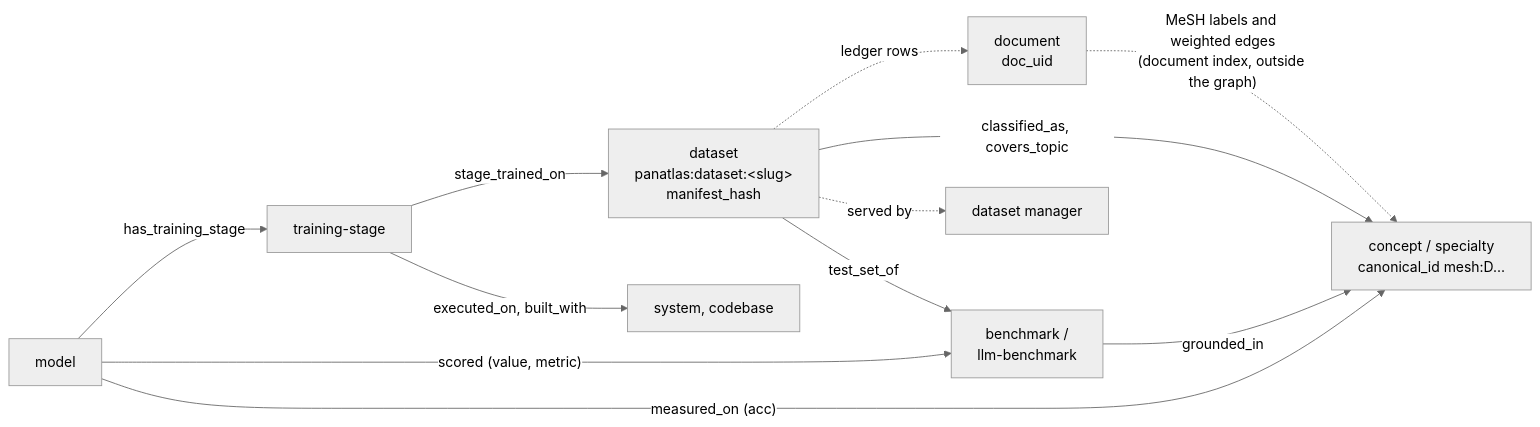
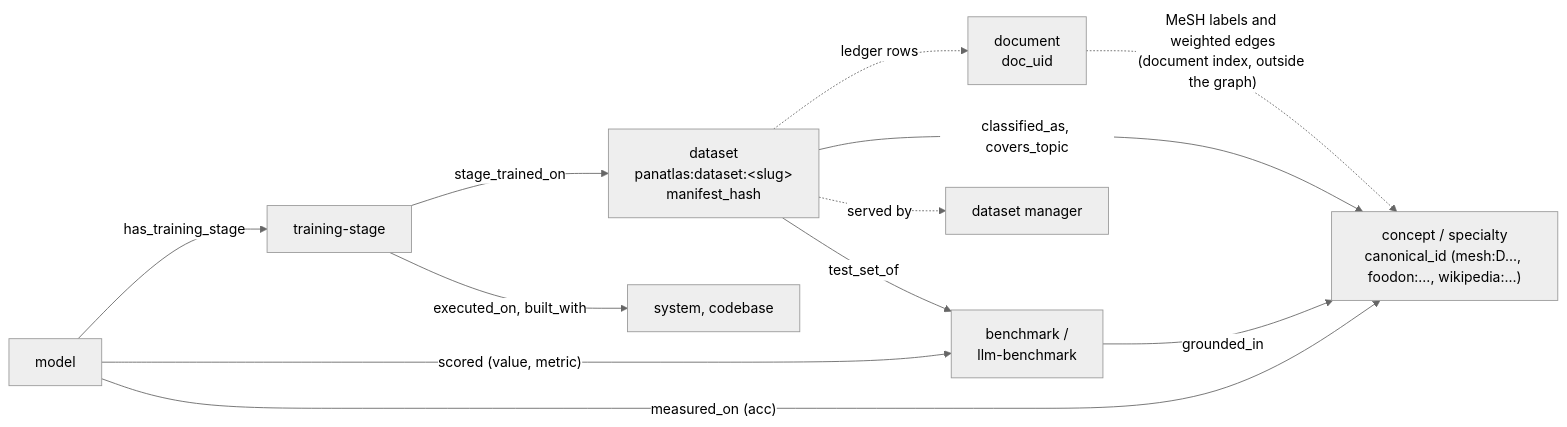
Before and after one commit to ThePanAtlas/docs: the diagram in docs/metadata/index.md, drawn with Mermaid (neutral theme). The commit also changed 11 other files, not shown here.

````diff
--- a/docs/metadata/index.md
+++ b/docs/metadata/index.md
@@ -10,14 +10,14 @@
 ```mermaid
 flowchart LR
-  DOC["document<br/>doc_uid"] -. "MeSH labels and weighted edges<br/>(document index, outside the graph)" .-> CON["concept / specialty<br/>canonical_id mesh:D…"]
+  DOC["document<br/>doc_uid"] -. "MeSH labels and weighted edges<br/>(document index, outside the graph)" .-> CON["concept / specialty<br/>canonical_id (mesh:D…, foodon:…, wikipedia:…)"]
   DS["dataset<br/>panatlas:dataset:&lt;slug&gt;<br/>manifest_hash"] -. "ledger rows" .-> DOC
   DS -- "classified_as, covers_topic" --> CON
   DS -- test_set_of --> BEN["benchmark /<br/>llm-benchmark"]
   BEN -- grounded_in --> CON
   MOD["model"] -- has_training_stage --> ST["training-stage"]
   ST -- stage_trained_on --> DS
   ST -- "executed_on, built_with" --> SYS["system, codebase"]
   MOD -- "scored (value, metric)" --> BEN
   MOD -- "measured_on (acc)" --> CON
   DS -. "served by" .-> MGR["dataset manager<br/>"]
 ```
````
